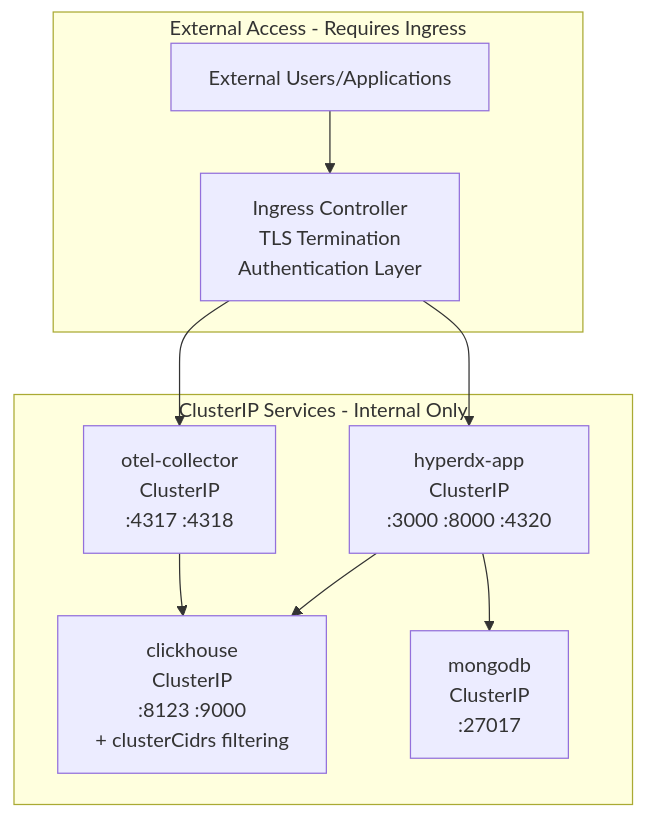
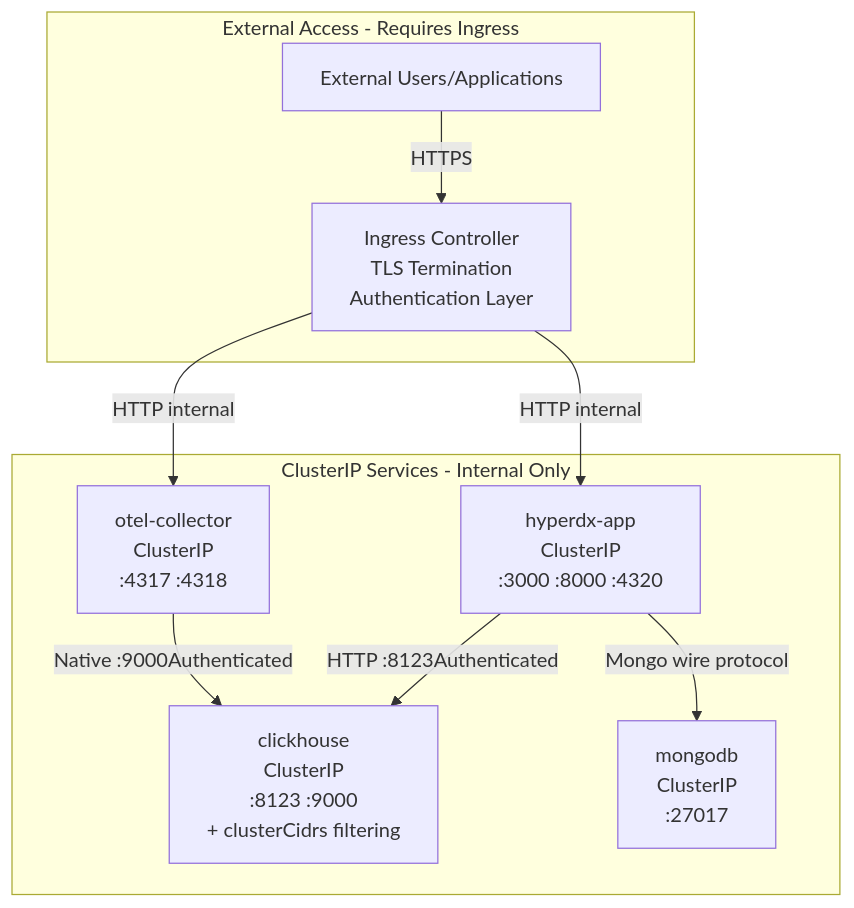
The fifth of 5 diagrams in docs/hyperdxio-helm-charts-docs/Security-Configuration.md (openchoreo/openchoreo), drawn with Mermaid before and after one commit. The commit also changed other lines of this file and 85 other files, not shown here.

Commit message:
feat: Add new workflow and specification templates, update Helm chart dependencies, and clarify documentation diagrams.

````diff
--- a/docs/hyperdxio-helm-charts-docs/Security-Configuration.md
+++ b/docs/hyperdxio-helm-charts-docs/Security-Configuration.md
@@ -433,29 +433,29 @@
 ```mermaid
 flowchart TD
 
 Internet["External Users/Applications"]
 Ingress["Ingress Controller<br>TLS Termination<br>Authentication Layer"]
 AppService["hyperdx-app<br>ClusterIP<br>:3000 :8000 :4320"]
 OTELService["otel-collector<br>ClusterIP<br>:4317 :4318"]
 ClickHouseService["clickhouse<br>ClusterIP<br>:8123 :9000<br>+ clusterCidrs filtering"]
 MongoDBService["mongodb<br>ClusterIP<br>:27017"]
 
-Ingress --> AppService
-Ingress --> OTELService
+Ingress -->|"HTTP internal"| AppService
+Ingress -->|"HTTP internal"| OTELService
 
 subgraph subGraph1 ["ClusterIP Services - Internal Only"]
     AppService
     OTELService
     ClickHouseService
     MongoDBService
-    AppService --> ClickHouseService
-    AppService --> MongoDBService
-    OTELService --> ClickHouseService
+    AppService -->|"HTTP :8123Authenticated"| ClickHouseService
+    AppService -->|"Mongo wire protocol"| MongoDBService
+    OTELService -->|"Native :9000Authenticated"| ClickHouseService
 end
 
 subgraph subGraph0 ["External Access - Requires Ingress"]
     Internet
     Ingress
-    Internet --> Ingress
+    Internet -->|"HTTPS"| Ingress
 end
 ```
````
